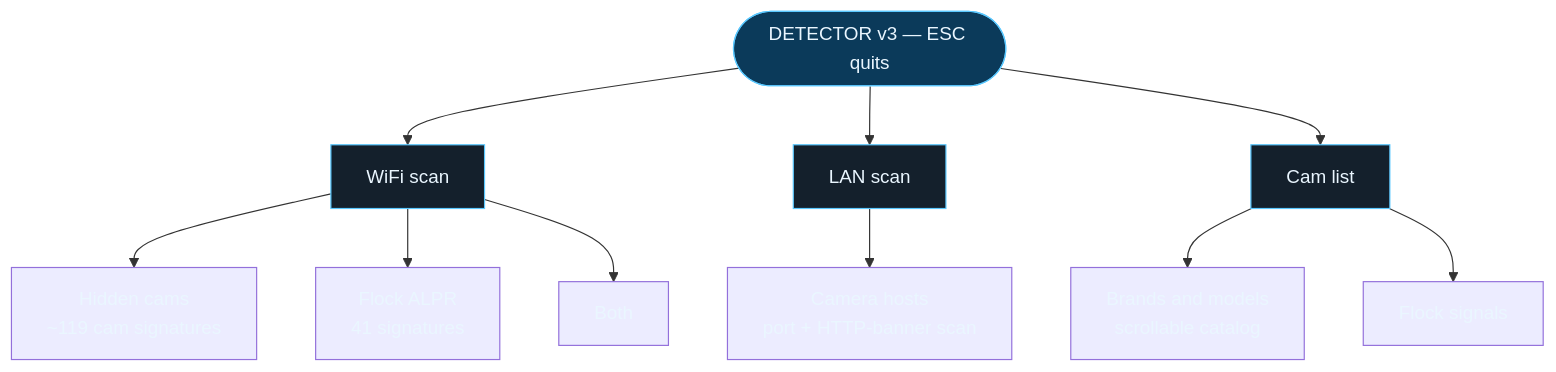
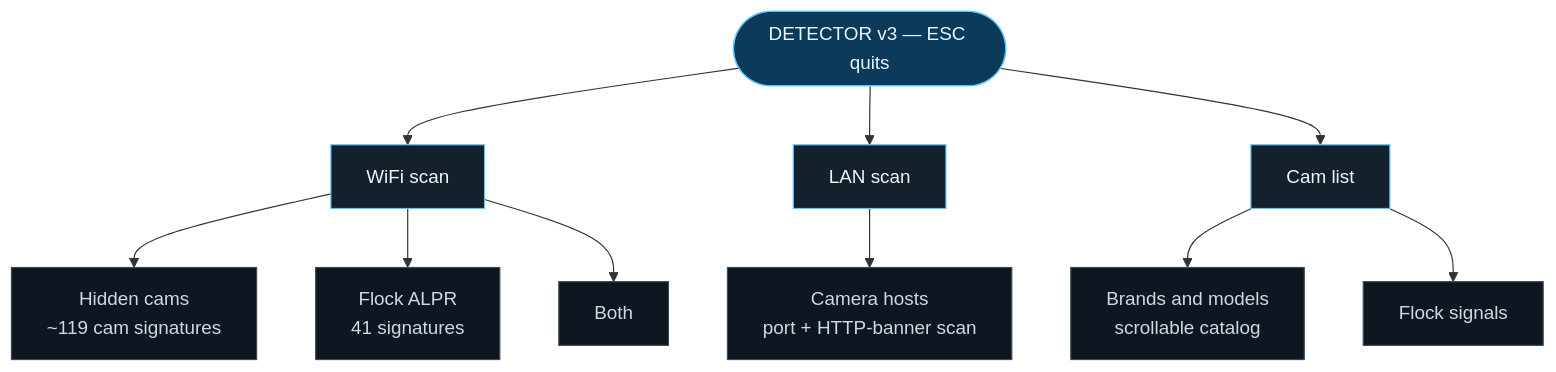
Before and after one commit to koua29/bruce-flock-detector: the diagram in README.md, drawn with Mermaid.

Commit message:
README: style Mermaid leaf nodes for legibility

````diff
--- a/README.md
+++ b/README.md
@@ -23,14 +23,16 @@
 ```mermaid
 flowchart TD
   A([DETECTOR v3 — ESC quits]):::root --> W[WiFi scan]:::cat
   A --> L[LAN scan]:::cat
   A --> C[Cam list]:::cat
   W --> W1[Hidden cams<br/>~119 cam signatures]
   W --> W2[Flock ALPR<br/>41 signatures]
   W --> W3[Both]
   L --> L1[Camera hosts<br/>port + HTTP-banner scan]
   C --> C1[Brands and models<br/>scrollable catalog]
   C --> C2[Flock signals]
   classDef root fill:#0b3a5a,stroke:#5ac8ff,color:#eaf6ff;
   classDef cat fill:#14202c,stroke:#5ac8ff,color:#eaf6ff;
+  classDef leaf fill:#0e1620,stroke:#3a4a5a,color:#cdd9e5;
+  class W1,W2,W3,L1,C1,C2 leaf;
 ```
````
